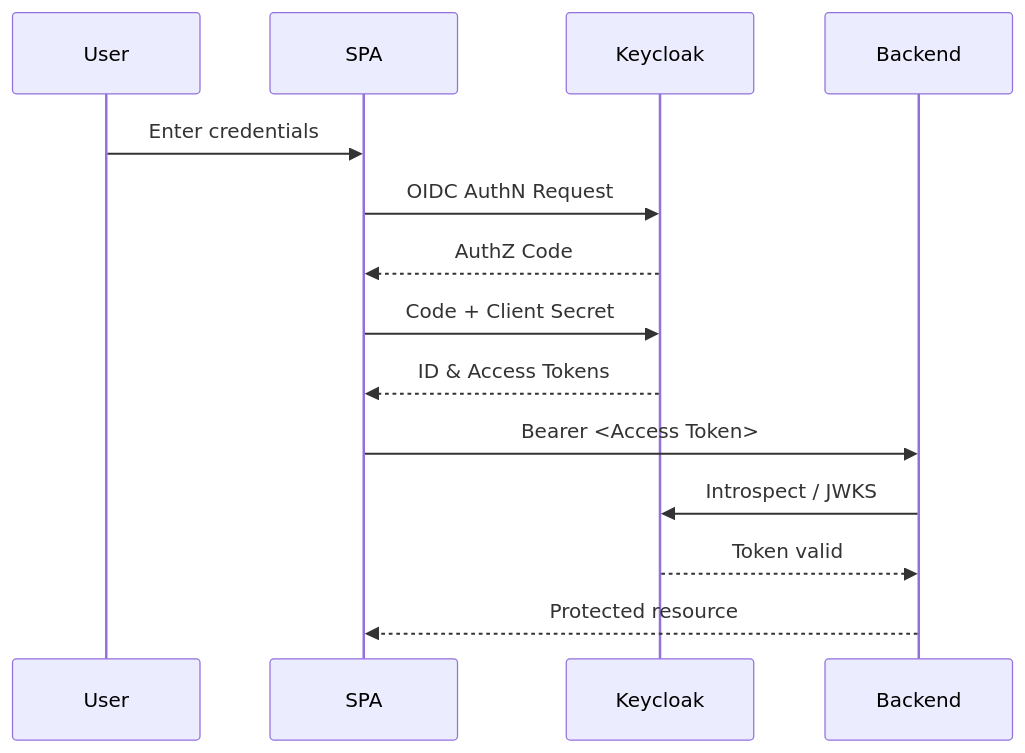
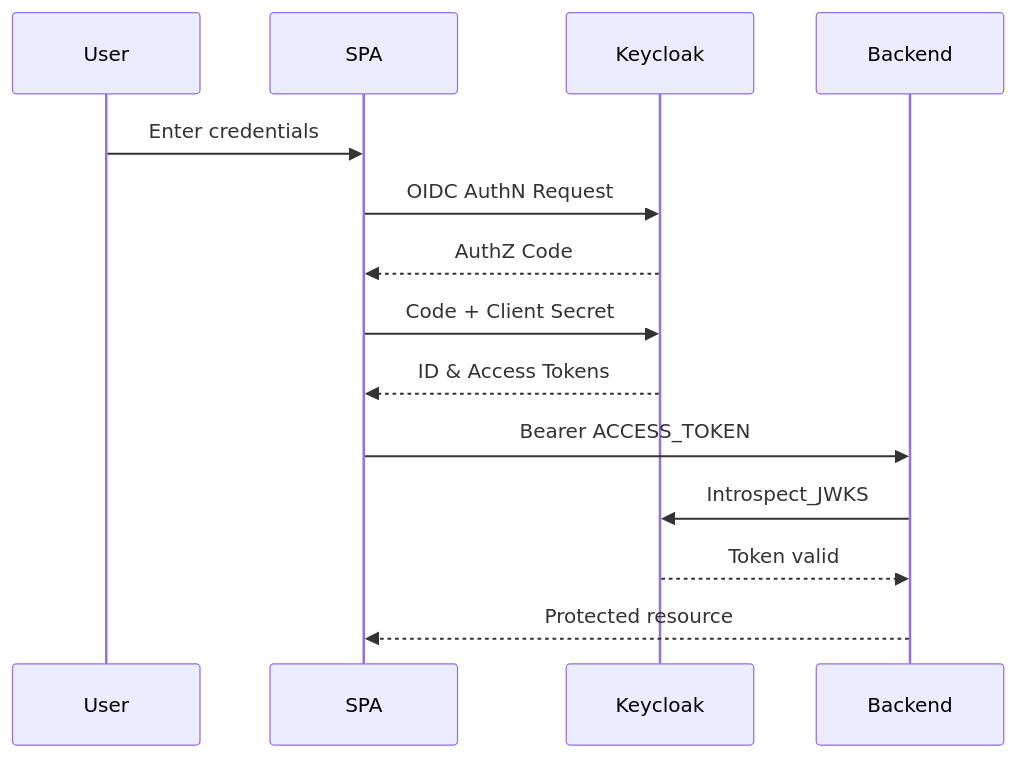
Before and after one commit to gitmujoshi/Confidential-AI-Network: the fourth of 9 diagrams in docs/TRAINING_COURSE.md, drawn with Mermaid. The commit also changed other lines of this file, not shown here.

Commit message:
docs: fix mermaid diagram labels for GitHub rendering compatibility

````diff
--- a/docs/TRAINING_COURSE.md
+++ b/docs/TRAINING_COURSE.md
@@ -1693,17 +1694,17 @@
 ```mermaid
 sequenceDiagram
     participant User
     participant UI as SPA
     participant KC as Keycloak
     participant API as Backend
 
     User->>UI: Enter credentials
     UI->>KC: OIDC AuthN Request
     KC-->>UI: AuthZ Code
     UI->>KC: Code + Client Secret
     KC-->>UI: ID & Access Tokens
-    UI->>API: Bearer <Access Token>
-    API->>KC: Introspect / JWKS
+    UI->>API: Bearer ACCESS_TOKEN
+    API->>KC: Introspect_JWKS
     KC-->>API: Token valid
     API-->>UI: Protected resource
 ```
````
